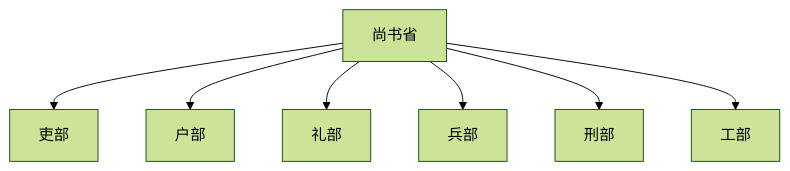
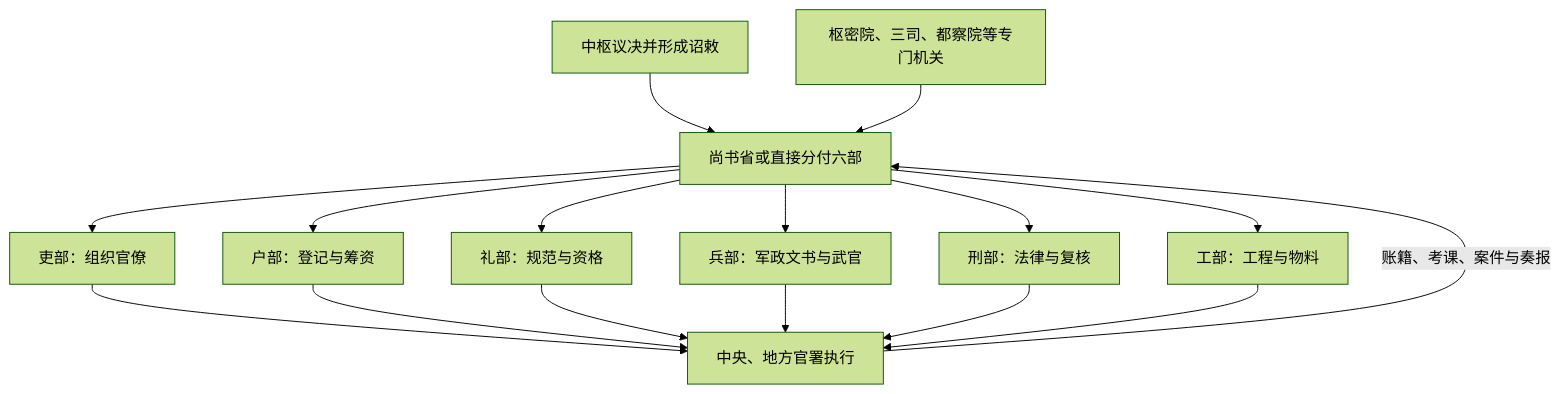
Before and after one commit to tianlan-dev/learning-notes: the diagram in 人文科学/历史/东亚/中国/_制度/中枢与职官/六部.md, drawn with Mermaid (forest theme). The commit also changed other lines of this file and 1417 other files, not shown here.

````diff
--- a/人文科学/历史/东亚/中国/_制度/中枢与职官/六部.md
+++ b/人文科学/历史/东亚/中国/_制度/中枢与职官/六部.md
@@ -23,9 +24,18 @@
 ```mermaid
 flowchart TD
-    A["尚书省"] --> B["吏部"]
-    A --> C["户部"]
-    A --> D["礼部"]
-    A --> E["兵部"]
-    A --> F["刑部"]
-    A --> G["工部"]
+    D["中枢议决并形成诏敕"] --> A["尚书省或直接分付六部"]
+    A --> I["吏部：组织官僚"]
+    A --> H["户部：登记与筹资"]
+    A --> R["礼部：规范与资格"]
+    A --> B["兵部：军政文书与武官"]
+    A --> X["刑部：法律与复核"]
+    A --> G["工部：工程与物料"]
+    I --> L["中央、地方官署执行"]
+    H --> L
+    R --> L
+    B --> L
+    X --> L
+    G --> L
+    L -->|账籍、考课、案件与奏报| A
+    S["枢密院、三司、都察院等专门机关"] --> A
 ```
````
